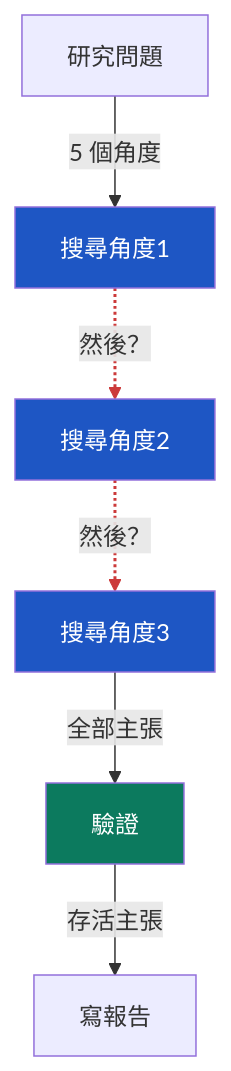
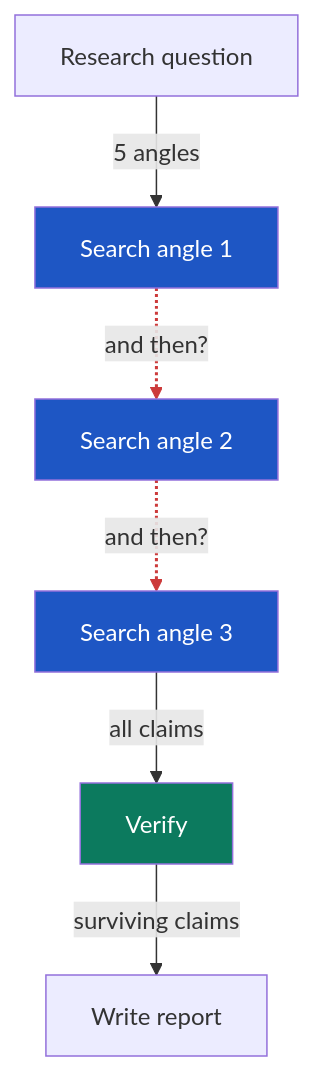
One commit to InjayTseng/graph-engineering-on-research changed the first of 3 diagrams in README.md. Above: the diagram before and after it, drawn with Mermaid. The commit also changed other lines of this file and 7 other files, not shown here.

````diff
--- a/README.md
+++ b/README.md
@@ -19,15 +19,15 @@
 ```mermaid
 graph TD
-    Q[研究問題] -->|5 個角度| A1[搜尋角度1]
-    A1 -. 然後？ .-> A2[搜尋角度2]
-    A2 -. 然後？ .-> A3[搜尋角度3]
-    A3 -->|全部主張| V[驗證]
-    V -->|存活主張| R[寫報告]
+    Q[Research question] -->|5 angles| A1[Search angle 1]
+    A1 -. and then? .-> A2[Search angle 2]
+    A2 -. and then? .-> A3[Search angle 3]
+    A3 -->|all claims| V[Verify]
+    V -->|surviving claims| R[Write report]
 
     style A1 fill:#1e56c4,color:#fff
     style A2 fill:#1e56c4,color:#fff
     style A3 fill:#1e56c4,color:#fff
     style V fill:#0c7a5e,color:#fff
     linkStyle 1 stroke:#cc3a3a,stroke-width:2px
     linkStyle 2 stroke:#cc3a3a,stroke-width:2px
 ```
````
